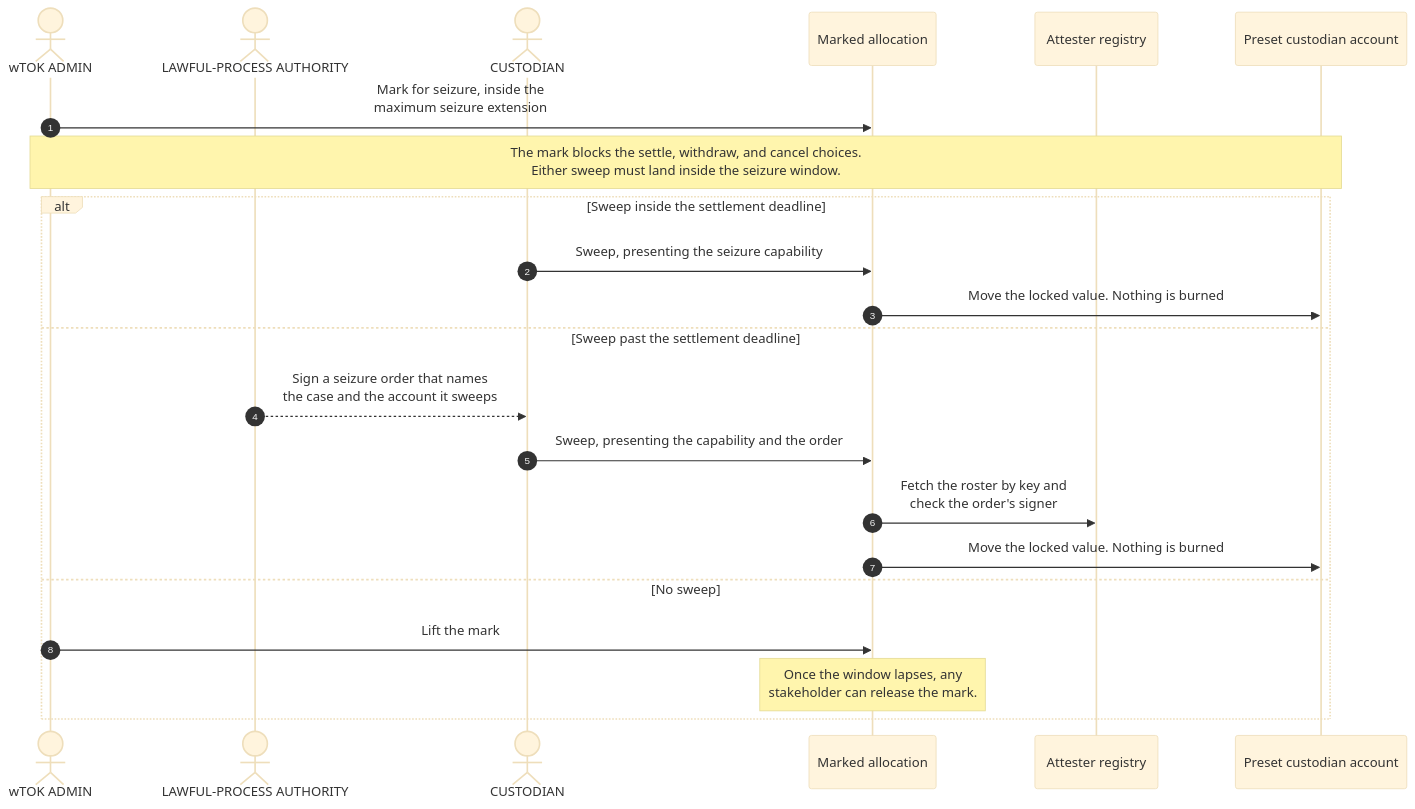
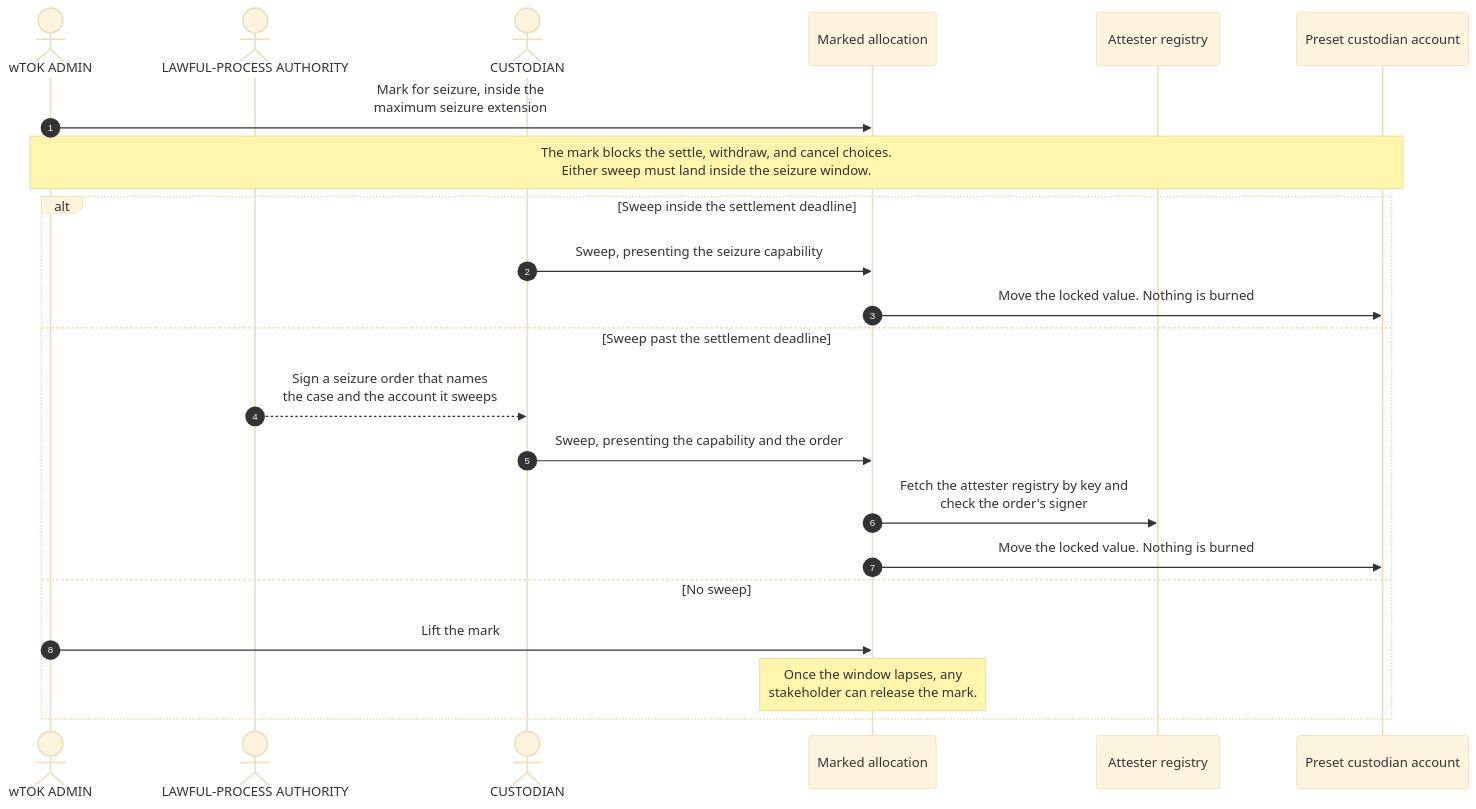
Before and after one commit to OpenZeppelin/canton-specs: the fourth of 4 diagrams in docs/reference-architectures/cross-chain-stablecoin.md, drawn with Mermaid (base theme). The commit also changed other lines of this file, not shown here.

````diff
--- a/docs/reference-architectures/cross-chain-stablecoin.md
+++ b/docs/reference-architectures/cross-chain-stablecoin.md
@@ -782,25 +785,25 @@
 ```mermaid
 sequenceDiagram
     autonumber
     actor Admin as wTOK ADMIN
     actor Authority as LAWFUL-PROCESS AUTHORITY
     actor Custodian as CUSTODIAN
     participant Target as Marked allocation
     participant AttReg as Attester registry
     participant Custody as Preset custodian account
 
     Admin->>Target: Mark for seizure, inside the<br/>maximum seizure extension
     Note over Admin,Custody: The mark blocks the settle, withdraw, and cancel choices.<br/>Either sweep must land inside the seizure window.
     alt Sweep inside the settlement deadline
         Custodian->>Target: Sweep, presenting the seizure capability
         Target->>Custody: Move the locked value. Nothing is burned
     else Sweep past the settlement deadline
         Authority-->>Custodian: Sign a seizure order that names<br/>the case and the account it sweeps
         Custodian->>Target: Sweep, presenting the capability and the order
-        Target->>AttReg: Fetch the roster by key and<br/>check the order's signer
+        Target->>AttReg: Fetch the attester registry by key and<br/>check the order's signer
         Target->>Custody: Move the locked value. Nothing is burned
     else No sweep
         Admin->>Target: Lift the mark
         Note over Target: Once the window lapses, any<br/>stakeholder can release the mark.
     end
 ```
````
